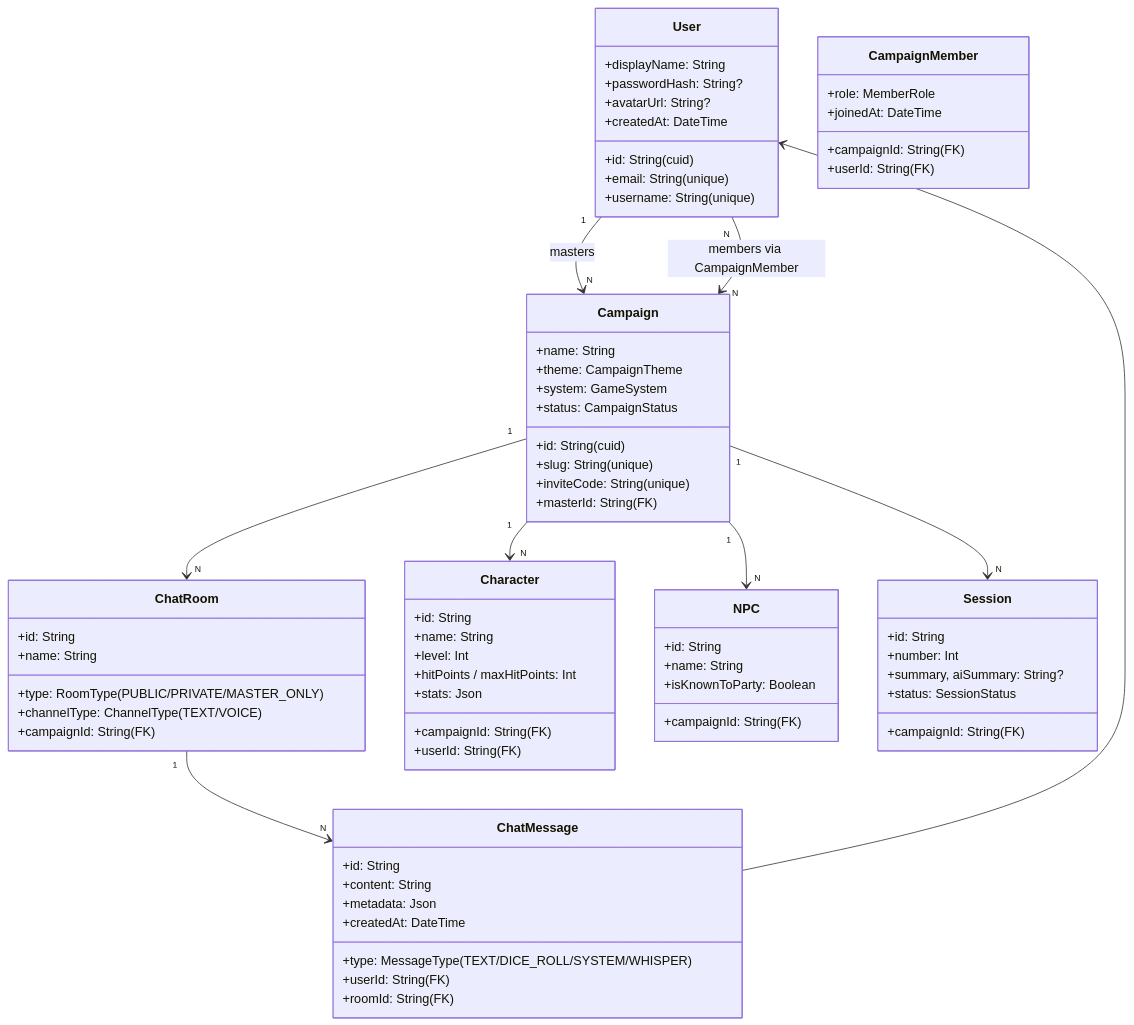
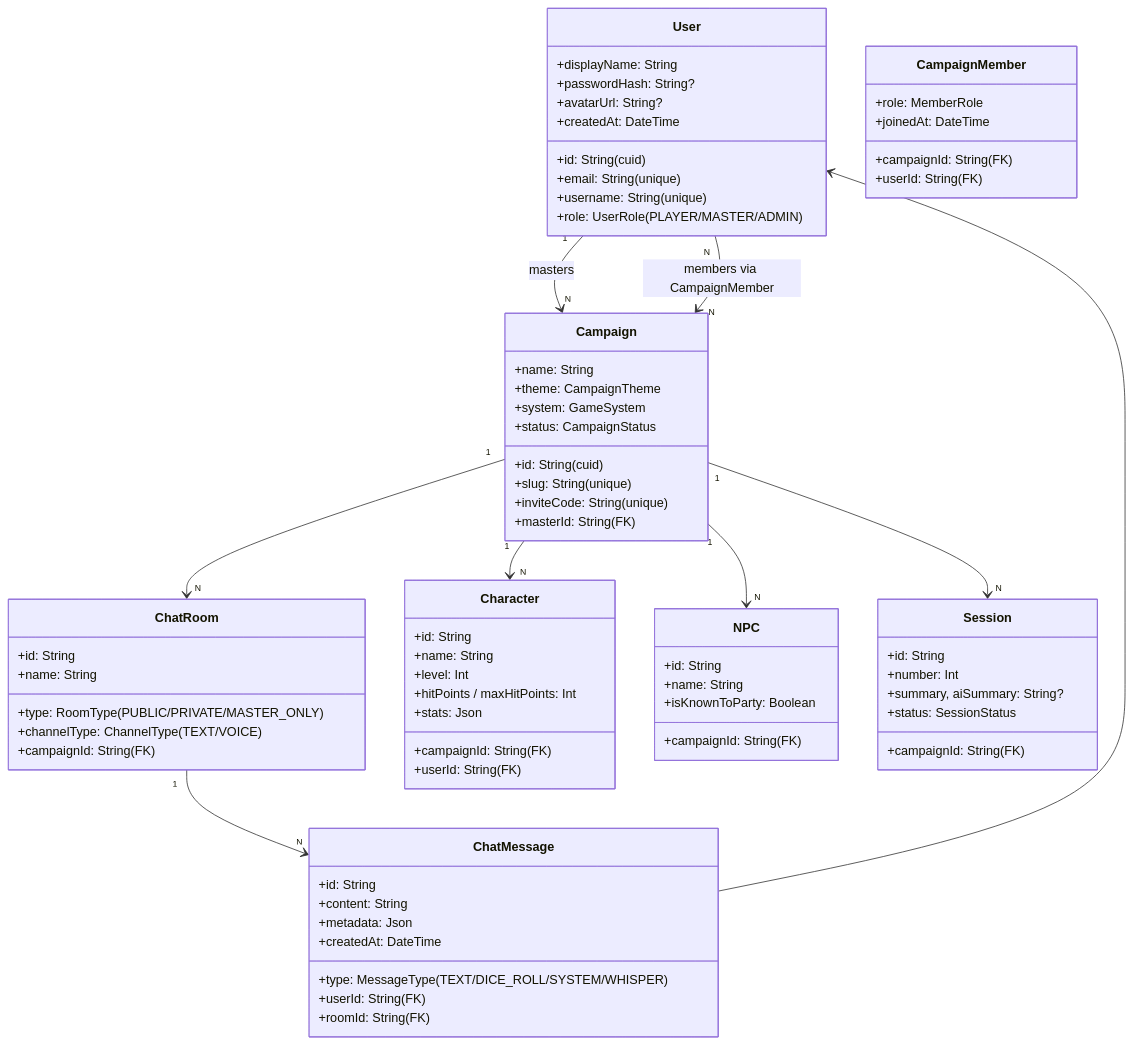
The fourth of 5 diagrams in .docs/02_tecnico.md (Xenov2030/campaign-forge), drawn with Mermaid before and after one commit. The commit also changed other lines of this file and 9 other files, not shown here.

```diff
--- a/.docs/02_tecnico.md
+++ b/.docs/02_tecnico.md
@@ -158,6 +177,7 @@
         +displayName: String
         +passwordHash: String?
         +avatarUrl: String?
+        +role: UserRole (PLAYER/MASTER/ADMIN)
         +createdAt: DateTime
     }
 
```
